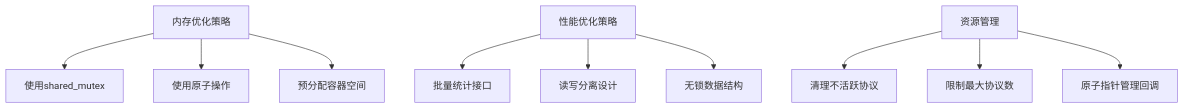
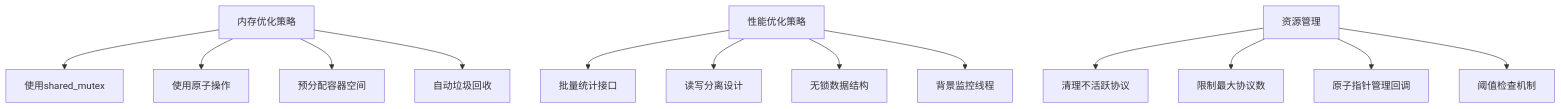
Before and after one commit to jie-798/protocol-parser: diagram 16 of 16 in .qoder/repowiki/zh/content/核心组件详解/流量统计系统.md, drawn with Mermaid. The commit also changed other lines of this file and 31 other files, not shown here.

````diff
--- a/.qoder/repowiki/zh/content/核心组件详解/流量统计系统.md
+++ b/.qoder/repowiki/zh/content/核心组件详解/流量统计系统.md
@@ -382,12 +468,15 @@
 ```mermaid
 flowchart TD
 MemoryOptimization["内存优化策略"] --> SharedMutex["使用shared_mutex"]
 MemoryOptimization --> AtomicOps["使用原子操作"]
 MemoryOptimization --> Reserve["预分配容器空间"]
+MemoryOptimization --> GCMechanism["自动垃圾回收"]
 PerformanceOptimization["性能优化策略"] --> BatchAPI["批量统计接口"]
 PerformanceOptimization --> ReadWriteSplit["读写分离设计"]
 PerformanceOptimization --> LockFree["无锁数据结构"]
+PerformanceOptimization --> BackgroundThread["背景监控线程"]
 ResourceManager["资源管理"] --> Cleanup["清理不活跃协议"]
 ResourceManager --> Limit["限制最大协议数"]
 ResourceManager --> AtomicCallback["原子指针管理回调"]
+ResourceManager --> ThresholdCheck["阈值检查机制"]
 ```
````
